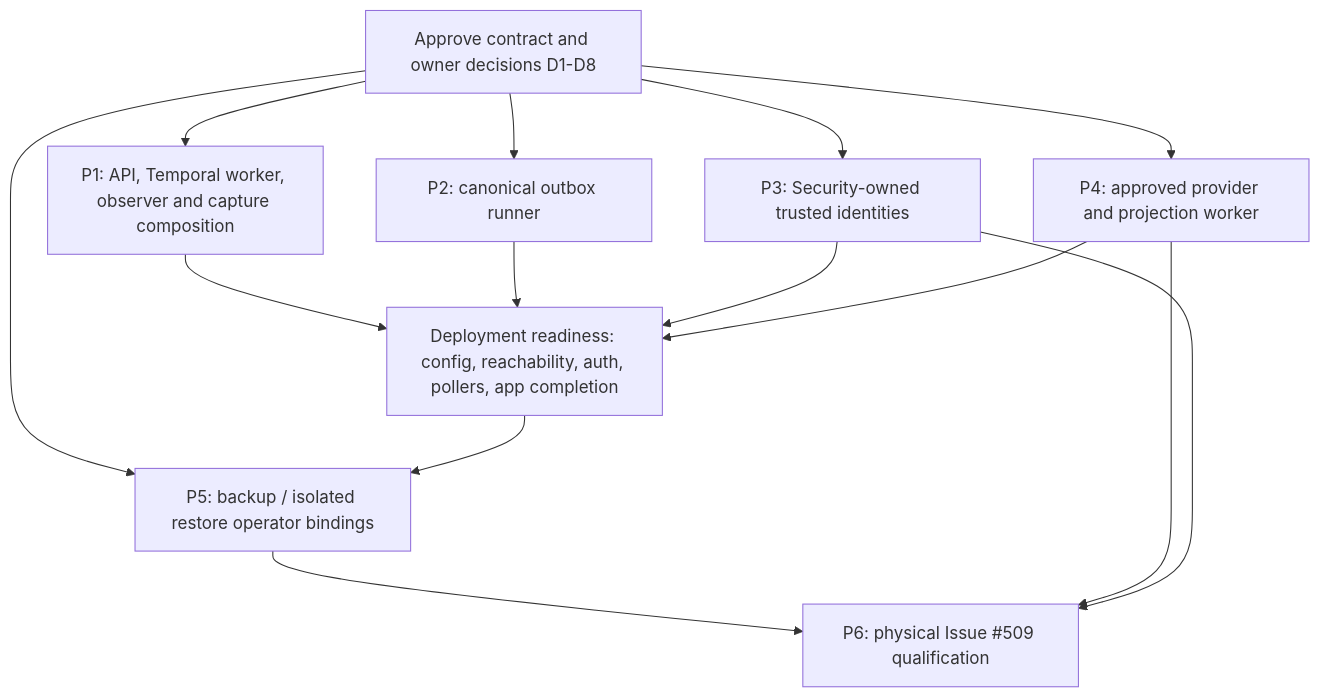
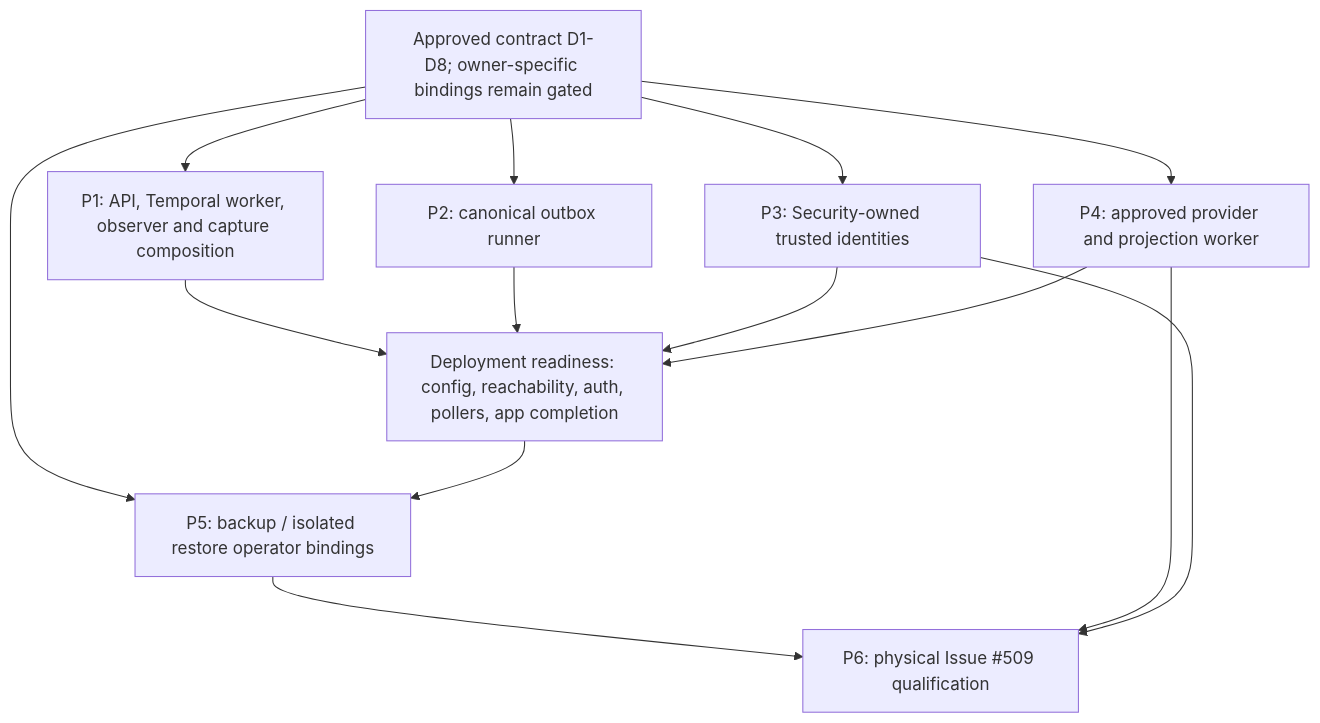
The diagram in docs/specs/issue-509-production-composition-handoff.md (alkselsv/spine), drawn with Mermaid before and after one commit. The commit also changed other lines of this file and 2 other files, not shown here.

Commit message:
docs(509): record architecture approval for composition contract

````diff
--- a/docs/specs/issue-509-production-composition-handoff.md
+++ b/docs/specs/issue-509-production-composition-handoff.md
@@ -112,24 +113,24 @@
 ```mermaid
 flowchart TD
-  A[Approve contract and owner decisions D1-D8]
+  A[Approved contract D1-D8; owner-specific bindings remain gated]
   B[P1: API, Temporal worker, observer and capture composition]
   C[P2: canonical outbox runner]
   D[P3: Security-owned trusted identities]
   E[P4: approved provider and projection worker]
   F[P5: backup / isolated restore operator bindings]
   G[Deployment readiness: config, reachability, auth, pollers, app completion]
   H[P6: physical Issue #509 qualification]
   A --> B
   A --> C
   A --> D
   A --> E
   A --> F
   B --> G
   C --> G
   D --> G
   E --> G
   G --> F
   F --> H
   E --> H
   D --> H
 ```
````
